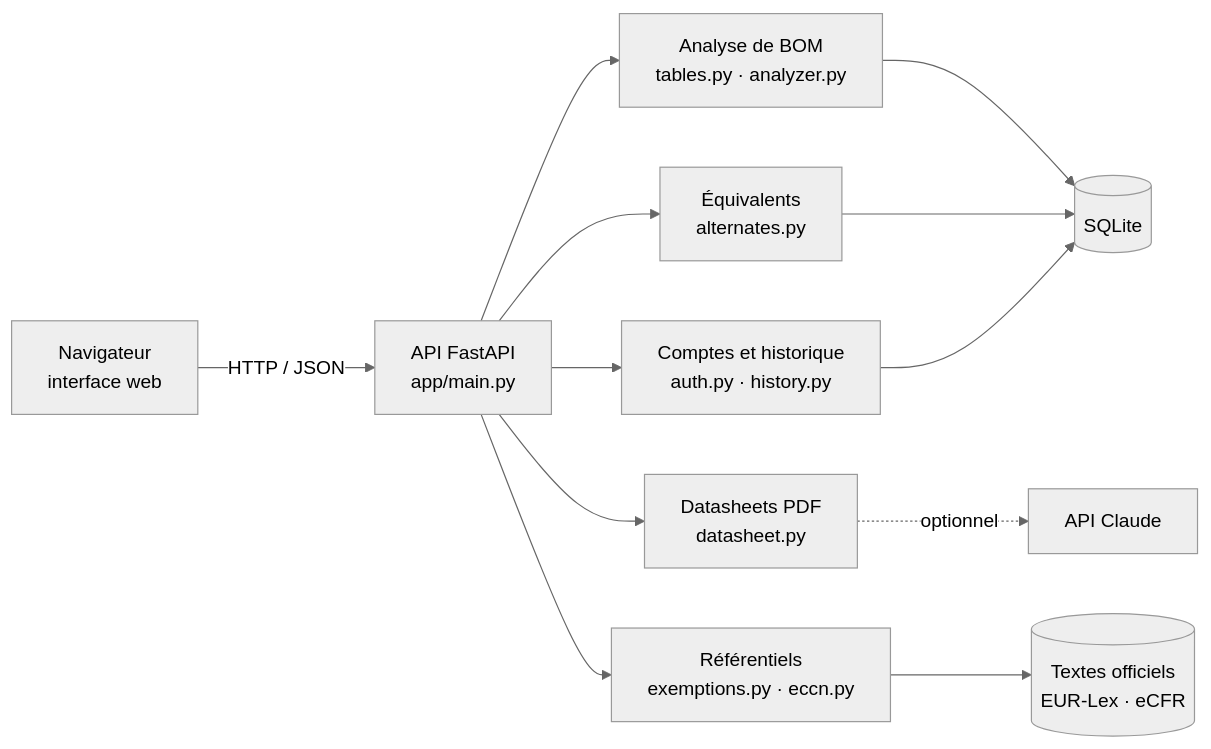
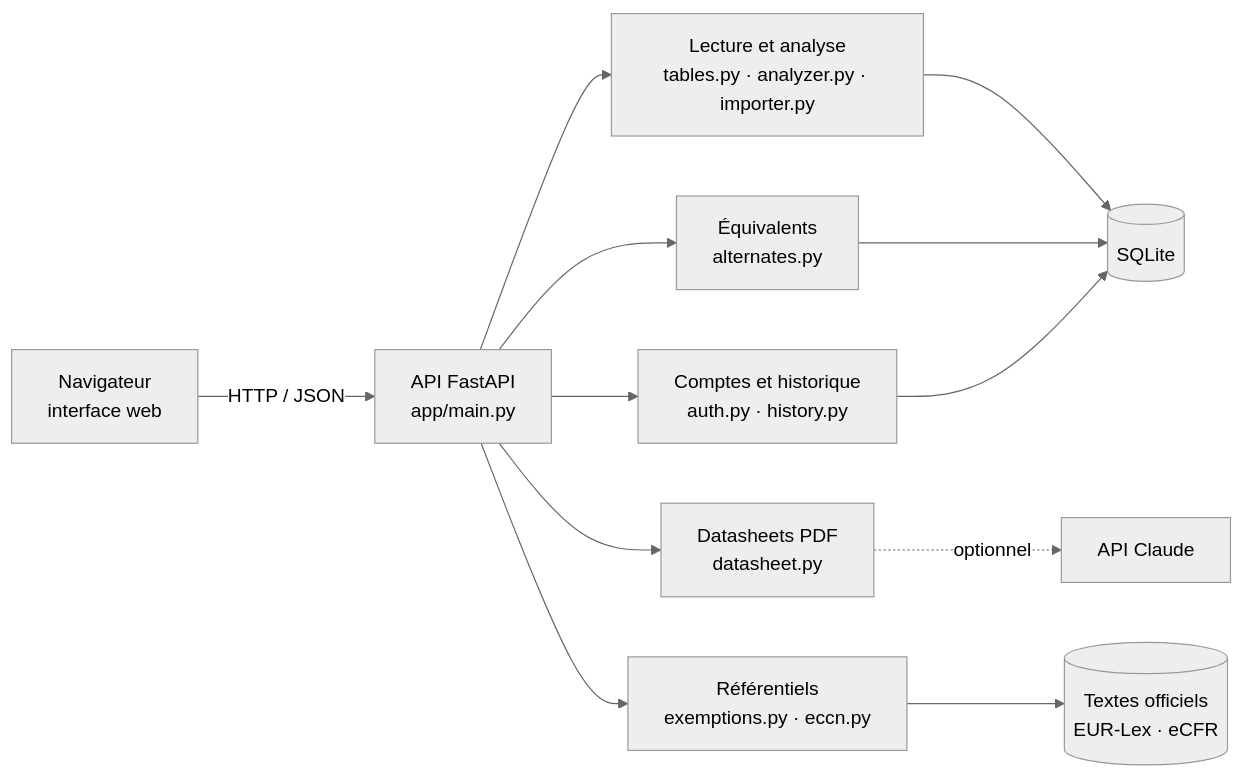
Before and after one commit to ElliotGalaor/ElectronicEnvironmental: the diagram in README.md, drawn with Mermaid (neutral theme). The commit also changed other lines of this file and 4 other files, not shown here.

````diff
--- a/README.md
+++ b/README.md
@@ -75,14 +86,14 @@
 ```mermaid
 flowchart LR
     U["Navigateur<br/>interface web"] -->|"HTTP / JSON"| API["API FastAPI<br/>app/main.py"]
-    API --> AN["Analyse de BOM<br/>tables.py · analyzer.py"]
+    API --> AN["Lecture et analyse<br/>tables.py · analyzer.py · importer.py"]
     API --> ALT["Équivalents<br/>alternates.py"]
     API --> DS["Datasheets PDF<br/>datasheet.py"]
     API --> REF["Référentiels<br/>exemptions.py · eccn.py"]
     API --> ACC["Comptes et historique<br/>auth.py · history.py"]
     AN --> DB[("SQLite")]
     ALT --> DB
     ACC --> DB
     REF --> TXT[("Textes officiels<br/>EUR-Lex · eCFR")]
     DS -. "optionnel" .-> CL["API Claude"]
 ```
````
